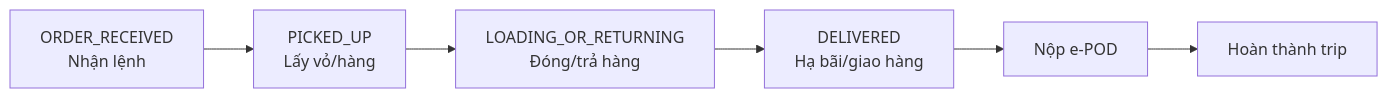
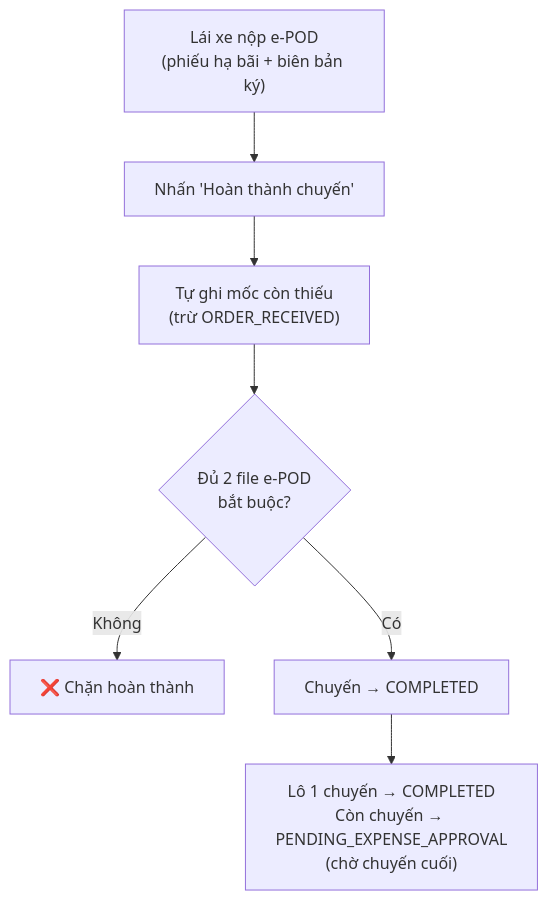
One commit to 4rankng/silversea changed the fifth of 7 diagrams in docs/prd/quy-trinh-cus-dieuvan-laixe.md. Above: the diagram before and after it, drawn with Mermaid. The commit also changed other lines of this file, not shown here.

Commit message:
docs(prd): O2C — lái xe tự đóng chuyến, sơ đồ tương tác tổng quan, thuần tiếng Việt

````diff
--- a/docs/prd/quy-trinh-cus-dieuvan-laixe.md
+++ b/docs/prd/quy-trinh-cus-dieuvan-laixe.md
@@ -179,8 +182,9 @@
 ```mermaid
-flowchart LR
-    A["ORDER_RECEIVED\nNhận lệnh"] --> B["PICKED_UP\nLấy vỏ/hàng"]
-    B --> C["LOADING_OR_RETURNING\nĐóng/trả hàng"]
-    C --> D["DELIVERED\nHạ bãi/giao hàng"]
-    D --> E["Nộp e-POD"]
-    E --> F["Hoàn thành trip"]
+flowchart TD
+    A["Lái xe nộp e-POD\n(phiếu hạ bãi + biên bản ký)"] --> B["Nhấn 'Hoàn thành chuyến'"]
+    B --> C["Tự ghi mốc còn thiếu\n(trừ ORDER_RECEIVED)"]
+    C --> D{"Đủ 2 file e-POD\nbắt buộc?"}
+    D -->|Không| E["❌ Chặn hoàn thành"]
+    D -->|Có| F["Chuyến → COMPLETED"]
+    F --> G["Lô 1 chuyến → COMPLETED\nCòn chuyến → PENDING_EXPENSE_APPROVAL\n(chờ chuyến cuối)"]
 ```
````
